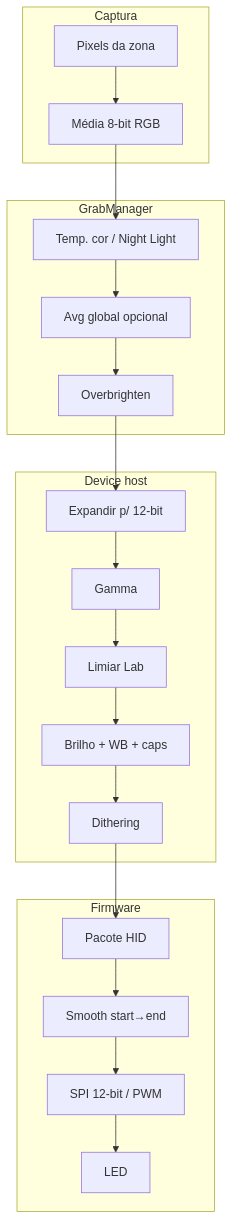
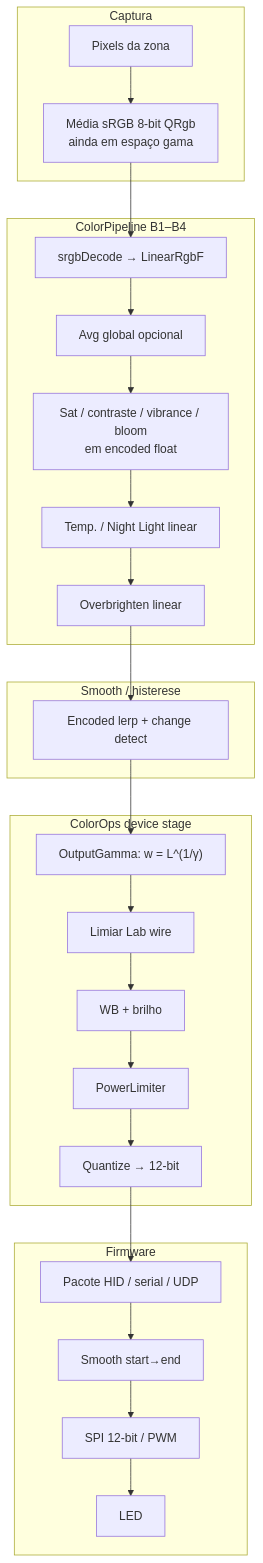
One commit to locasmendes/Lightpack changed the sixth of 8 diagrams in docs/pipeline-captura-processamento-leds.md. Above: the diagram before and after it, drawn with Mermaid. The commit also changed other lines of this file and 4 other files, not shown here.

First line of the commit message:
Document 5.17 float pipeline and close release-note doc gaps.

````diff
--- a/docs/pipeline-captura-processamento-leds.md
+++ b/docs/pipeline-captura-processamento-leds.md
@@ -273,27 +280,33 @@
 ```mermaid
 flowchart TB
     subgraph Captura
-        P0[Pixels da zona] --> P1[Média 8-bit RGB]
+        P0[Pixels da zona] --> P1[Média sRGB 8-bit QRgb<br/>ainda em espaço gama]
     end
 
-    subgraph GrabManager
-        P1 --> P2[Temp. cor / Night Light]
-        P2 --> P3[Avg global opcional]
-        P3 --> P4[Overbrighten]
+    subgraph Conteúdo["ColorPipeline B1–B4"]
+        P1 --> A[srgbDecode → LinearRgbF]
+        A --> B1[Avg global opcional]
+        B1 --> B2[Sat / contraste / vibrance / bloom<br/>em encoded float]
+        B2 --> B3[Temp. / Night Light linear]
+        B3 --> B4[Overbrighten linear]
     end
 
-    subgraph Device host
-        P4 --> P5[Expandir p/ 12-bit]
-        P5 --> P6[Gamma]
-        P6 --> P7[Limiar Lab]
-        P7 --> P8[Brilho + WB + caps]
-        P8 --> P9[Dithering]
+    subgraph HostSmooth["Smooth / histerese"]
+        B4 --> C[Encoded lerp + change detect]
+    end
+
+    subgraph Device["ColorOps device stage"]
+        C --> D1["OutputGamma: w = L^(1/γ)"]
+        D1 --> D2[Limiar Lab wire]
+        D2 --> D3[WB + brilho]
+        D3 --> D4[PowerLimiter]
+        D4 --> D5[Quantize → 12-bit]
     end
 
     subgraph Firmware
-        P9 --> P10[Pacote HID]
+        D5 --> P10[Pacote HID / serial / UDP]
         P10 --> P11[Smooth start→end]
         P11 --> P12[SPI 12-bit / PWM]
         P12 --> P13[LED]
     end
 ```
````
